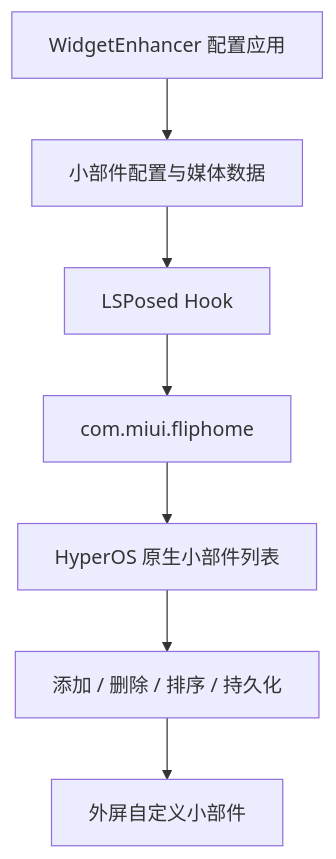
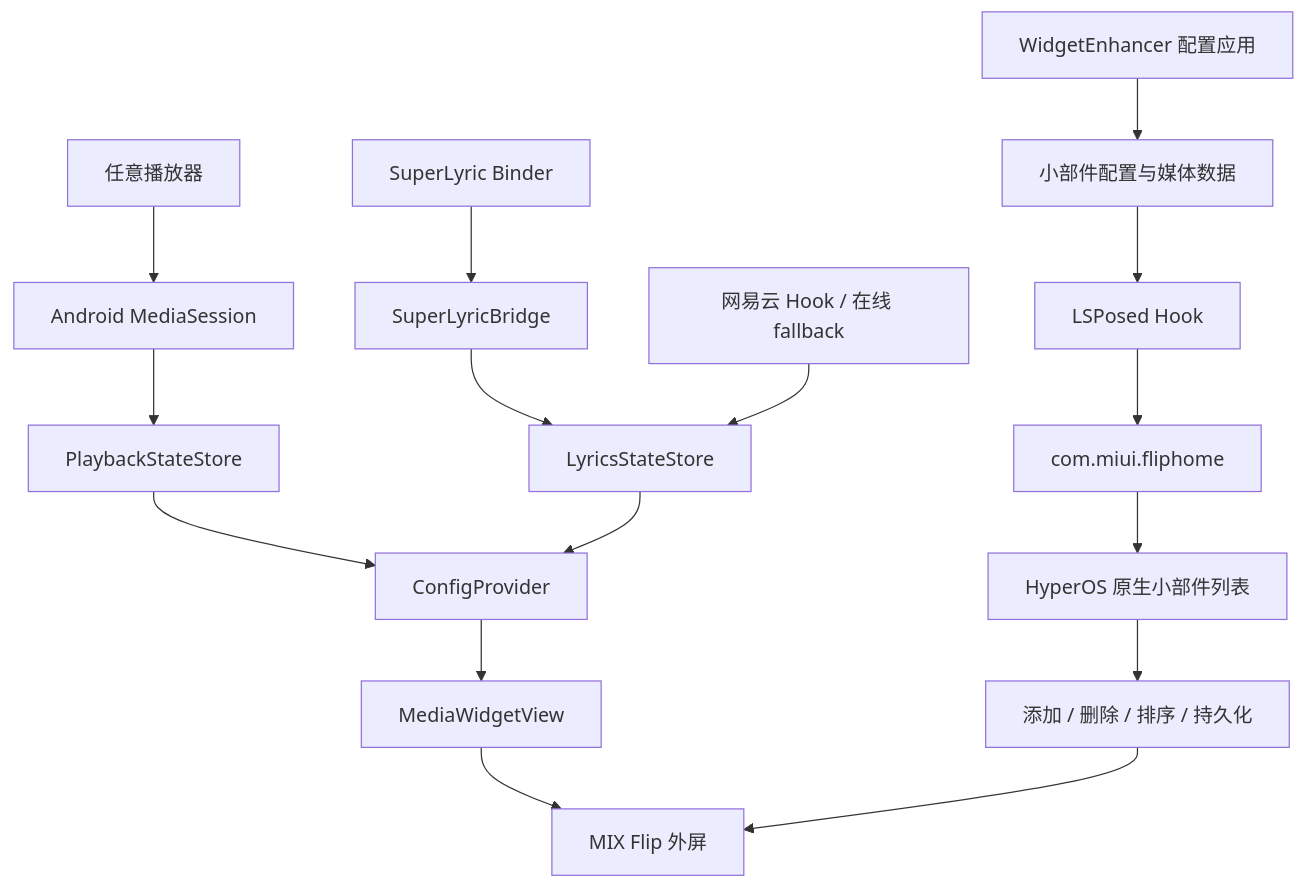
The diagram in README.md (luckylca/WidgetEnhancer), drawn with Mermaid before and after one commit. The commit also changed other lines of this file and 21 other files, not shown here.

First line of the commit message:
feat: universal lyrics pipeline with safe SuperLyric 3.4 bridge

````diff
--- a/README.md
+++ b/README.md
@@ -121,9 +123,18 @@
 ```mermaid
 flowchart TD
-    A[WidgetEnhancer 配置应用] --> B[小部件配置与媒体数据]
-    B --> C[LSPosed Hook]
-    C --> D[com.miui.fliphome]
-    D --> E[HyperOS 原生小部件列表]
-    E --> F[添加 / 删除 / 排序 / 持久化]
-    F --> G[外屏自定义小部件]
+    A[任意播放器] --> B[Android MediaSession]
+    B --> C[PlaybackStateStore]
+    D[SuperLyric Binder] --> E[SuperLyricBridge]
+    E --> F[LyricsStateStore]
+    G[网易云 Hook / 在线 fallback] --> F
+    C --> H[ConfigProvider]
+    F --> H
+    H --> I[MediaWidgetView]
+    I --> J[MIX Flip 外屏]
+    K[WidgetEnhancer 配置应用] --> L[小部件配置与媒体数据]
+    L --> M[LSPosed Hook]
+    M --> N[com.miui.fliphome]
+    N --> O[HyperOS 原生小部件列表]
+    O --> P[添加 / 删除 / 排序 / 持久化]
+    P --> J
 ```
````
